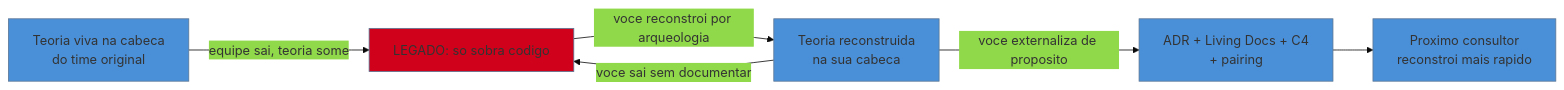
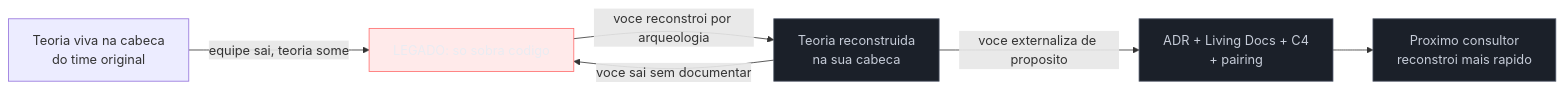
The first of 3 diagrams in 03-Dominios/Engenharia/Arqueologia e Restauração de Software/24 - Conhecimento e documentação.md (josenaldo/codex-technomanticus), drawn with Mermaid before and after one commit. The commit also changed other lines of this file and 1181 other files, not shown here.

First line of the commit message:
fix(diagramas): paleta do sistema no lugar de cor cravada no markdown

````diff
--- a/03-Dominios/Engenharia/Arqueologia e Restauração de Software/24 - Conhecimento e documentação.md
+++ b/03-Dominios/Engenharia/Arqueologia e Restauração de Software/24 - Conhecimento e documentação.md
@@ -36,13 +36,14 @@
 ```mermaid
-%%{init: {"theme": "base", "themeVariables": {"primaryColor": "#4A90D9"}}}%%
 graph LR
+    classDef falha fill:#FF6B6B24,stroke:#FF6B6B,color:#E9ECF2
+    classDef neutro fill:#1B2029,stroke:#4E5666,color:#C6CCD8
     T1[Teoria viva na cabeca<br/>do time original] -->|equipe sai, teoria some| L[LEGADO: so sobra codigo]
     L -->|voce reconstroi por arqueologia| T2[Teoria reconstruida<br/>na sua cabeca]
     T2 -->|voce sai sem documentar| L
     T2 -->|voce externaliza de proposito| E[ADR + Living Docs + C4<br/>+ pairing]
     E --> T3[Proximo consultor<br/>reconstroi mais rapido]
-    style L fill:#D0021B
-    style T2 fill:#4A90D9
-    style E fill:#4A90D9
-    style T3 fill:#4A90D9
+    class L falha
+    class T2 neutro
+    class E neutro
+    class T3 neutro
 ```
````
